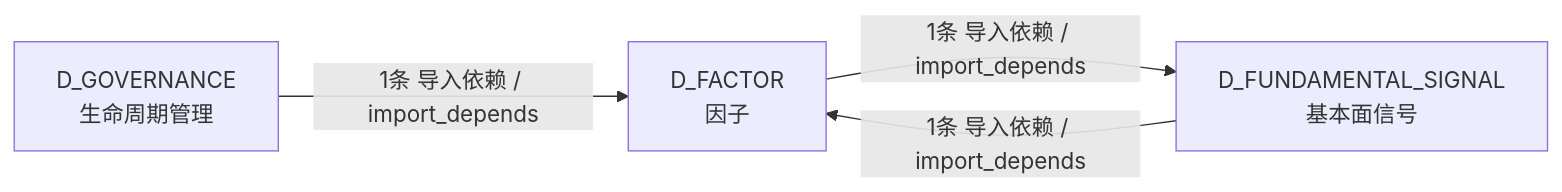
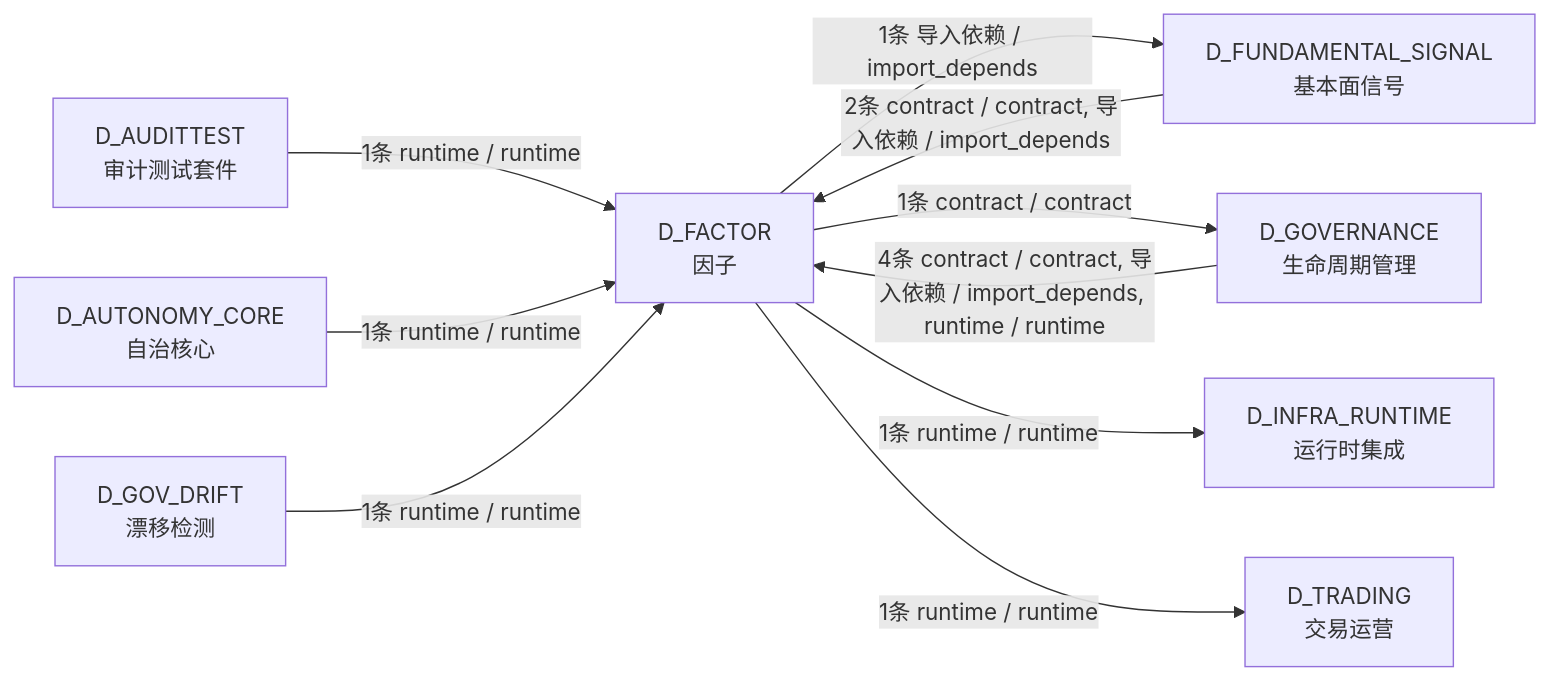
The fourth of 4 diagrams in docs/02_enterprise_architecture/02_domain_architecture_docs/29_d_factor.md (xuanFelixVan/ZephyrAlpha), drawn with Mermaid before and after one commit. The commit also changed other lines of this file and 100 other files, not shown here.

````diff
--- a/docs/02_enterprise_architecture/02_domain_architecture_docs/29_d_factor.md
+++ b/docs/02_enterprise_architecture/02_domain_architecture_docs/29_d_factor.md
@@ -194,9 +236,20 @@
 ```mermaid
 graph LR
     D_FACTOR["D_FACTOR<br/>因子"]
     D_FUNDAMENTAL_SIGNAL["D_FUNDAMENTAL_SIGNAL<br/>基本面信号"]
     D_GOVERNANCE["D_GOVERNANCE<br/>生命周期管理"]
+    D_INFRA_RUNTIME["D_INFRA_RUNTIME<br/>运行时集成"]
+    D_TRADING["D_TRADING<br/>交易运营"]
+    D_AUDITTEST["D_AUDITTEST<br/>审计测试套件"]
+    D_AUTONOMY_CORE["D_AUTONOMY_CORE<br/>自治核心"]
+    D_GOV_DRIFT["D_GOV_DRIFT<br/>漂移检测"]
     D_FACTOR -->|1条 导入依赖 / import_depends| D_FUNDAMENTAL_SIGNAL
-    D_FUNDAMENTAL_SIGNAL -->|1条 导入依赖 / import_depends| D_FACTOR
-    D_GOVERNANCE -->|1条 导入依赖 / import_depends| D_FACTOR
+    D_FACTOR -->|1条 contract / contract| D_GOVERNANCE
+    D_FACTOR -->|1条 runtime / runtime| D_INFRA_RUNTIME
+    D_FACTOR -->|1条 runtime / runtime| D_TRADING
+    D_GOVERNANCE -->|4条 contract / contract, 导入依赖 / import_depends, runtime / runtime| D_FACTOR
+    D_FUNDAMENTAL_SIGNAL -->|2条 contract / contract, 导入依赖 / import_depends| D_FACTOR
+    D_AUDITTEST -->|1条 runtime / runtime| D_FACTOR
+    D_AUTONOMY_CORE -->|1条 runtime / runtime| D_FACTOR
+    D_GOV_DRIFT -->|1条 runtime / runtime| D_FACTOR
 ```
````
